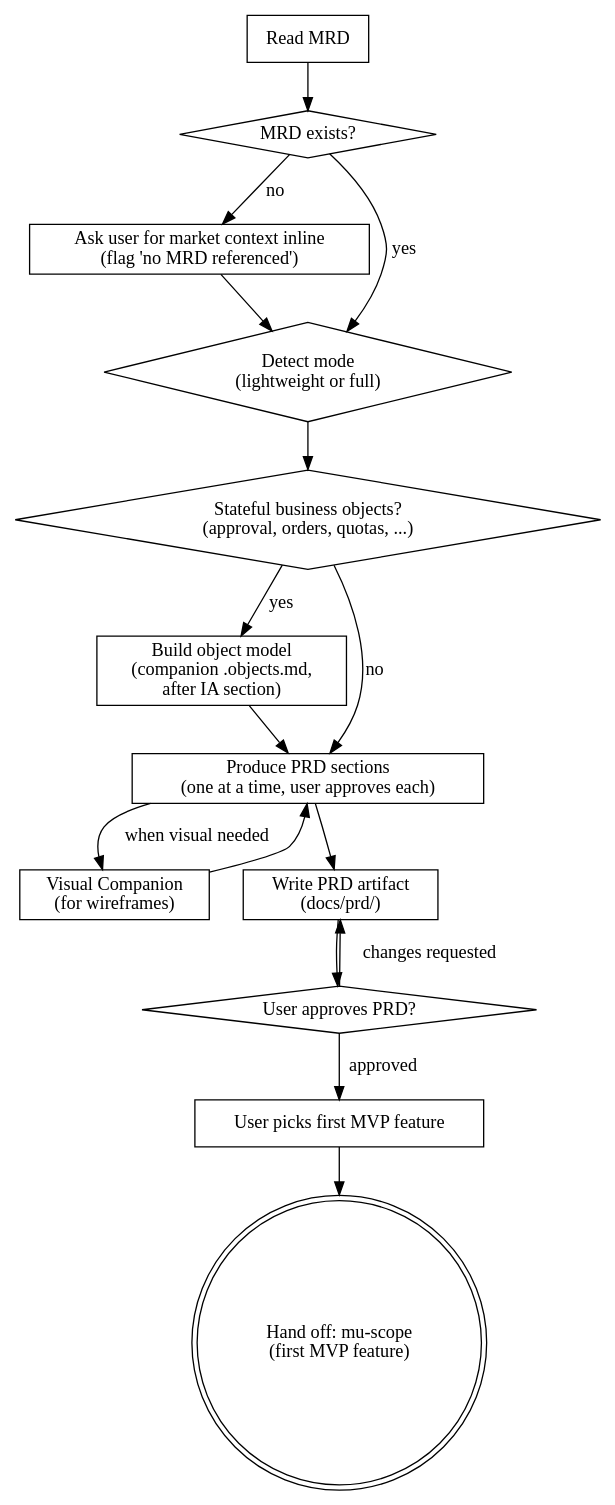
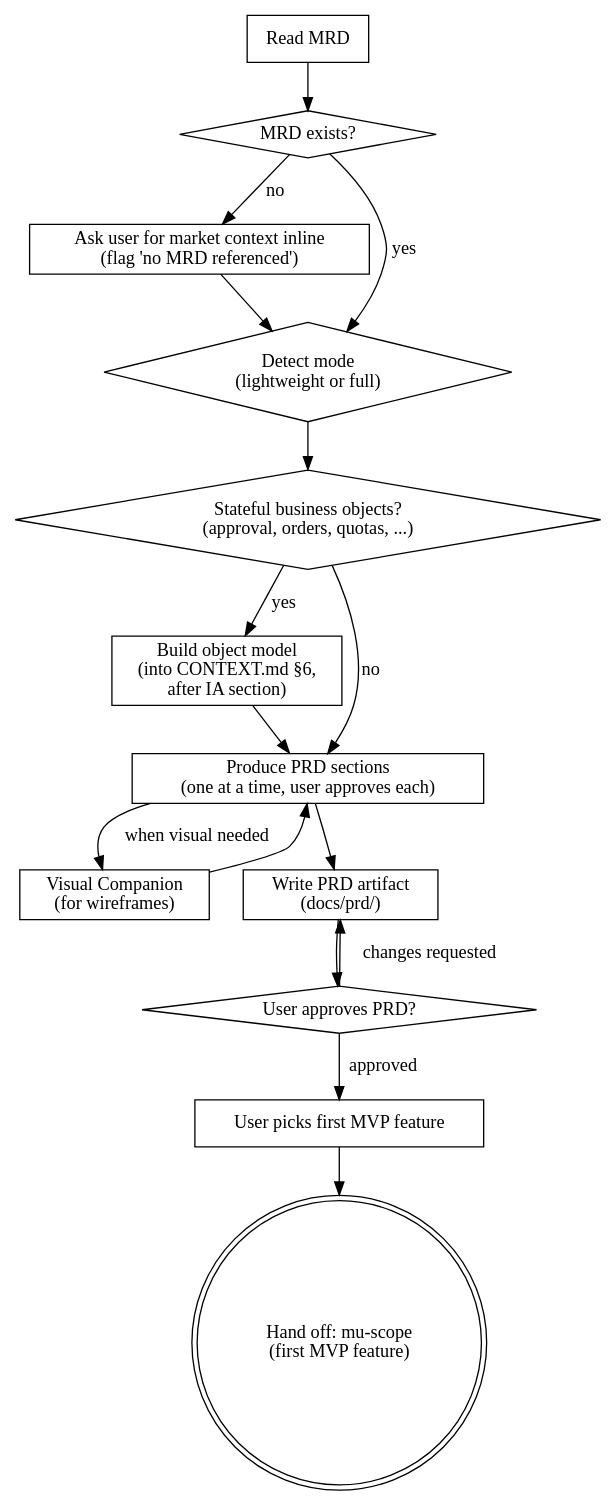
Before and after one commit to knotmark-ai/devmuse: the diagram in skills/mu-prd/SKILL.md, drawn with Graphviz. The commit also changed other lines of this file and 17 other files, not shown here.

````diff
--- a/skills/mu-prd/SKILL.md
+++ b/skills/mu-prd/SKILL.md
@@ -66,32 +66,32 @@
 ```dot
 digraph mu_prd {
     "Read MRD" [shape=box];
     "MRD exists?" [shape=diamond];
     "Ask user for market context inline\n(flag 'no MRD referenced')" [shape=box];
     "Detect mode\n(lightweight or full)" [shape=diamond];
     "Stateful business objects?\n(approval, orders, quotas, ...)" [shape=diamond];
-    "Build object model\n(companion .objects.md,\nafter IA section)" [shape=box];
+    "Build object model\n(into CONTEXT.md §6,\nafter IA section)" [shape=box];
     "Produce PRD sections\n(one at a time, user approves each)" [shape=box];
     "Visual Companion\n(for wireframes)" [shape=box];
     "Write PRD artifact\n(docs/prd/)" [shape=box];
     "User approves PRD?" [shape=diamond];
     "User picks first MVP feature" [shape=box];
     "Hand off: mu-scope\n(first MVP feature)" [shape=doublecircle];
 
     "Read MRD" -> "MRD exists?";
     "MRD exists?" -> "Detect mode\n(lightweight or full)" [label="yes"];
     "MRD exists?" -> "Ask user for market context inline\n(flag 'no MRD referenced')" [label="no"];
     "Ask user for market context inline\n(flag 'no MRD referenced')" -> "Detect mode\n(lightweight or full)";
     "Detect mode\n(lightweight or full)" -> "Stateful business objects?\n(approval, orders, quotas, ...)";
-    "Stateful business objects?\n(approval, orders, quotas, ...)" -> "Build object model\n(companion .objects.md,\nafter IA section)" [label="yes"];
+    "Stateful business objects?\n(approval, orders, quotas, ...)" -> "Build object model\n(into CONTEXT.md §6,\nafter IA section)" [label="yes"];
     "Stateful business objects?\n(approval, orders, quotas, ...)" -> "Produce PRD sections\n(one at a time, user approves each)" [label="no"];
-    "Build object model\n(companion .objects.md,\nafter IA section)" -> "Produce PRD sections\n(one at a time, user approves each)";
+    "Build object model\n(into CONTEXT.md §6,\nafter IA section)" -> "Produce PRD sections\n(one at a time, user approves each)";
     "Produce PRD sections\n(one at a time, user approves each)" -> "Visual Companion\n(for wireframes)" [label="when visual needed"];
     "Visual Companion\n(for wireframes)" -> "Produce PRD sections\n(one at a time, user approves each)";
     "Produce PRD sections\n(one at a time, user approves each)" -> "Write PRD artifact\n(docs/prd/)";
     "Write PRD artifact\n(docs/prd/)" -> "User approves PRD?";
     "User approves PRD?" -> "Write PRD artifact\n(docs/prd/)" [label="changes requested"];
     "User approves PRD?" -> "User picks first MVP feature" [label="approved"];
     "User picks first MVP feature" -> "Hand off: mu-scope\n(first MVP feature)";
 }
 ```
````
